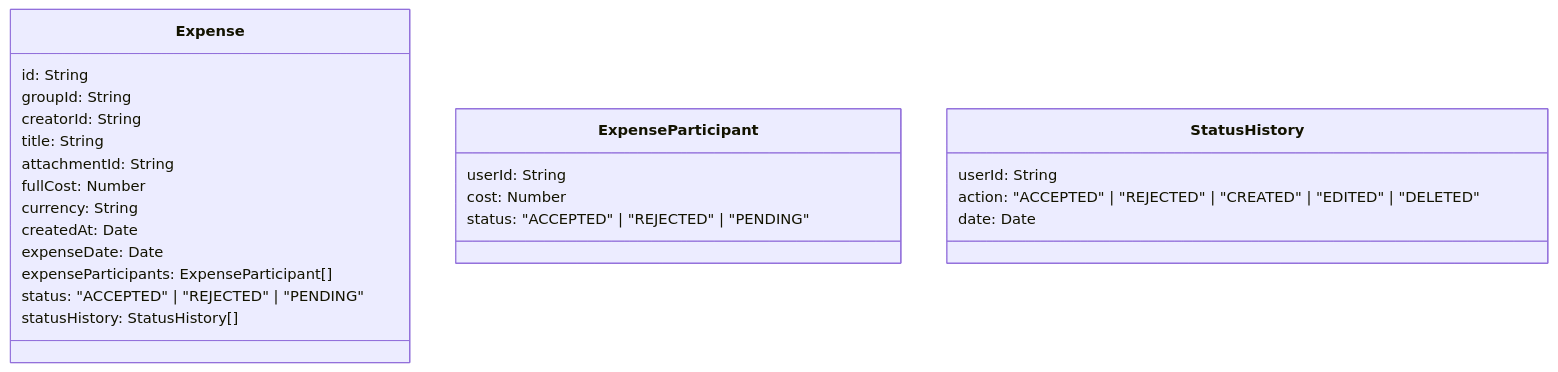
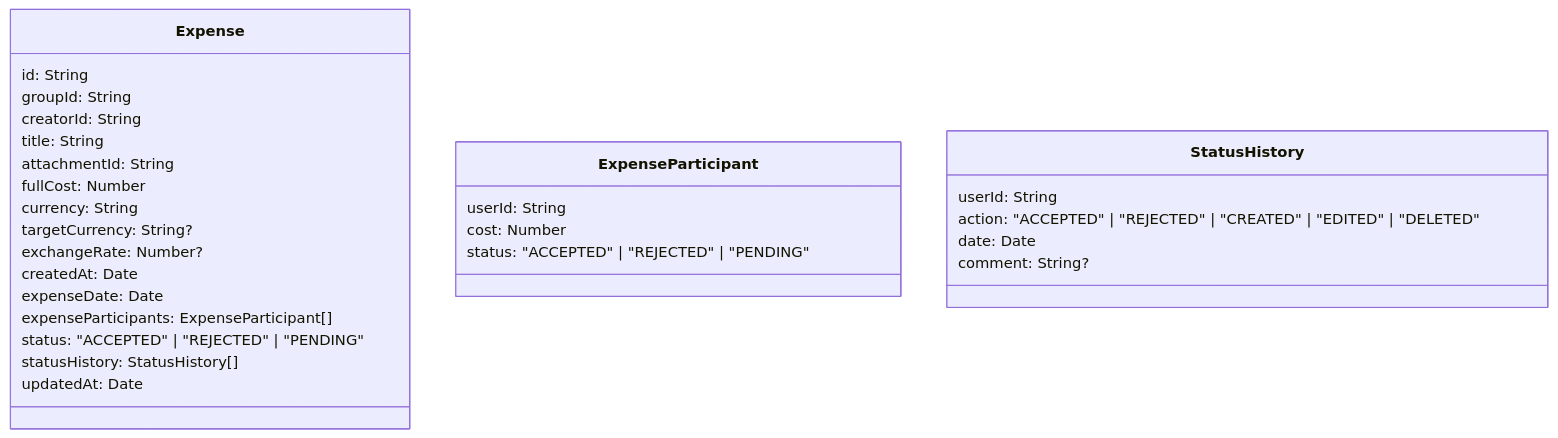
One commit to Group-Expense-Manager/gem-docs changed the eighth of 18 diagrams in docs/contracts.md. Above: the diagram before and after it, drawn with Mermaid. The commit also changed other lines of this file and 1 other file, not shown here.

Commit message:
added Report Creator & Payment Manager & Currency Manager & Finance Adapter contract

````diff
--- a/docs/contracts.md
+++ b/docs/contracts.md
@@ -359,30 +360,34 @@
 ```mermaid
 classDiagram
     class Expense {
         id: String
         groupId: String
         creatorId: String
         title: String
         attachmentId: String
         fullCost: Number
         currency: String
+        targetCurrency: String?
+        exchangeRate: Number?
         createdAt: Date
         expenseDate: Date
         expenseParticipants: ExpenseParticipant[]
         status: "ACCEPTED" | "REJECTED" | "PENDING"
         statusHistory: StatusHistory[]
+        updatedAt: Date
     }
     
     class ExpenseParticipant {
         userId: String
         cost: Number
         status: "ACCEPTED" | "REJECTED" | "PENDING"
     }
     
     class StatusHistory {
         userId: String
         action: "ACCEPTED" | "REJECTED" | "CREATED" | "EDITED" | "DELETED"
         date: Date
+        comment: String?
     }
 
 ```
````
